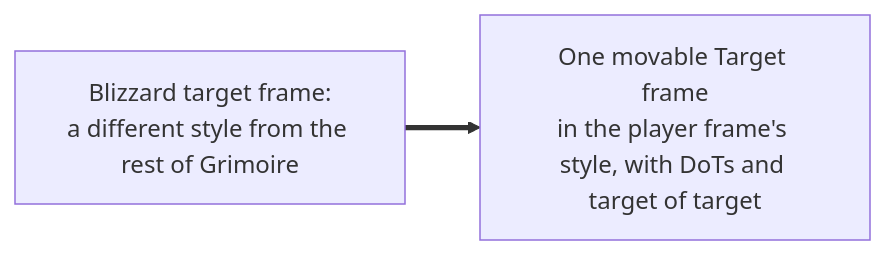
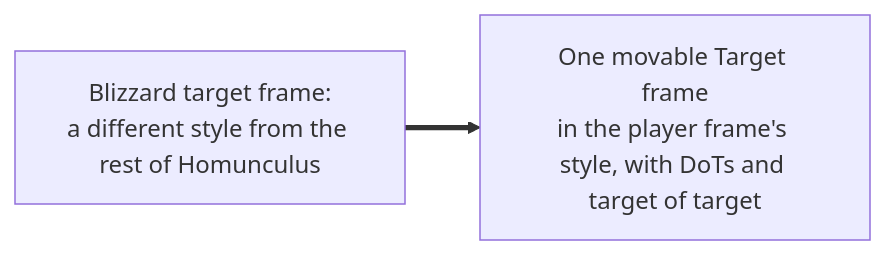
The first of 2 diagrams in docs/features/target/README.md (PhillypHenning/grimoire), drawn with Mermaid before and after one commit. The commit also changed other lines of this file and 178 other files, not shown here.

First line of the commit message:
Rename the suite from Grimoire to Homunculus (ADR 0010)

````diff
--- a/docs/features/target/README.md
+++ b/docs/features/target/README.md
@@ -19,4 +19,4 @@
 ```mermaid
 flowchart LR
-    B[Blizzard target frame:<br/>a different style from the rest of Grimoire] ==> G[One movable Target frame<br/>in the player frame's style, with DoTs and target of target]
+    B[Blizzard target frame:<br/>a different style from the rest of Homunculus] ==> G[One movable Target frame<br/>in the player frame's style, with DoTs and target of target]
 ```
````
